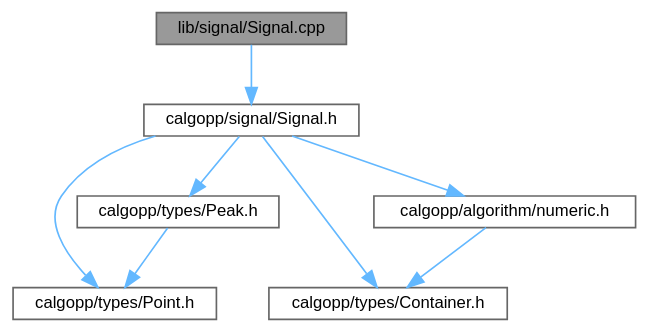
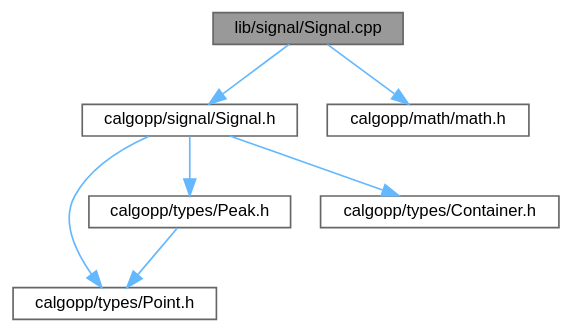
One commit to pawelekg95/algopp changed the diagram in Signal_8cpp__incl.dot. Above: the diagram before and after it, drawn with Graphviz. The commit also changed 190 other files, not shown here.

```diff
--- a/Signal_8cpp__incl.dot
+++ b/Signal_8cpp__incl.dot
@@ -1,20 +1,19 @@
 digraph "lib/signal/Signal.cpp"
 {
  // LATEX_PDF_SIZE
   bgcolor="transparent";
   edge [fontname=Helvetica,fontsize=10,labelfontname=Helvetica,labelfontsize=10];
   node [fontname=Helvetica,fontsize=10,shape=box,height=0.2,width=0.4];
   Node1 [label="lib/signal/Signal.cpp",height=0.2,width=0.4,color="gray40", fillcolor="grey60", style="filled", fontcolor="black",tooltip=" "];
   Node1 -> Node2 [color="steelblue1",style="solid"];
   Node2 [label="calgopp/signal/Signal.h",height=0.2,width=0.4,color="grey40", fillcolor="white", style="filled",URL="$Signal_8h.html",tooltip=" "];
   Node2 -> Node3 [color="steelblue1",style="solid"];
   Node3 [label="calgopp/types/Point.h",height=0.2,width=0.4,color="grey40", fillcolor="white", style="filled",URL="$Point_8h.html",tooltip=" "];
   Node2 -> Node4 [color="steelblue1",style="solid"];
   Node4 [label="calgopp/types/Peak.h",height=0.2,width=0.4,color="grey40", fillcolor="white", style="filled",URL="$Peak_8h.html",tooltip=" "];
   Node4 -> Node3 [color="steelblue1",style="solid"];
   Node2 -> Node5 [color="steelblue1",style="solid"];
   Node5 [label="calgopp/types/Container.h",height=0.2,width=0.4,color="grey40", fillcolor="white", style="filled",URL="$Container_8h.html",tooltip=" "];
-  Node2 -> Node6 [color="steelblue1",style="solid"];
-  Node6 [label="calgopp/algorithm/numeric.h",height=0.2,width=0.4,color="grey40", fillcolor="white", style="filled",URL="$numeric_8h.html",tooltip=" "];
-  Node6 -> Node5 [color="steelblue1",style="solid"];
+  Node1 -> Node6 [color="steelblue1",style="solid"];
+  Node6 [label="calgopp/math/math.h",height=0.2,width=0.4,color="grey40", fillcolor="white", style="filled",URL="$math_8h.html",tooltip=" "];
 }
```
